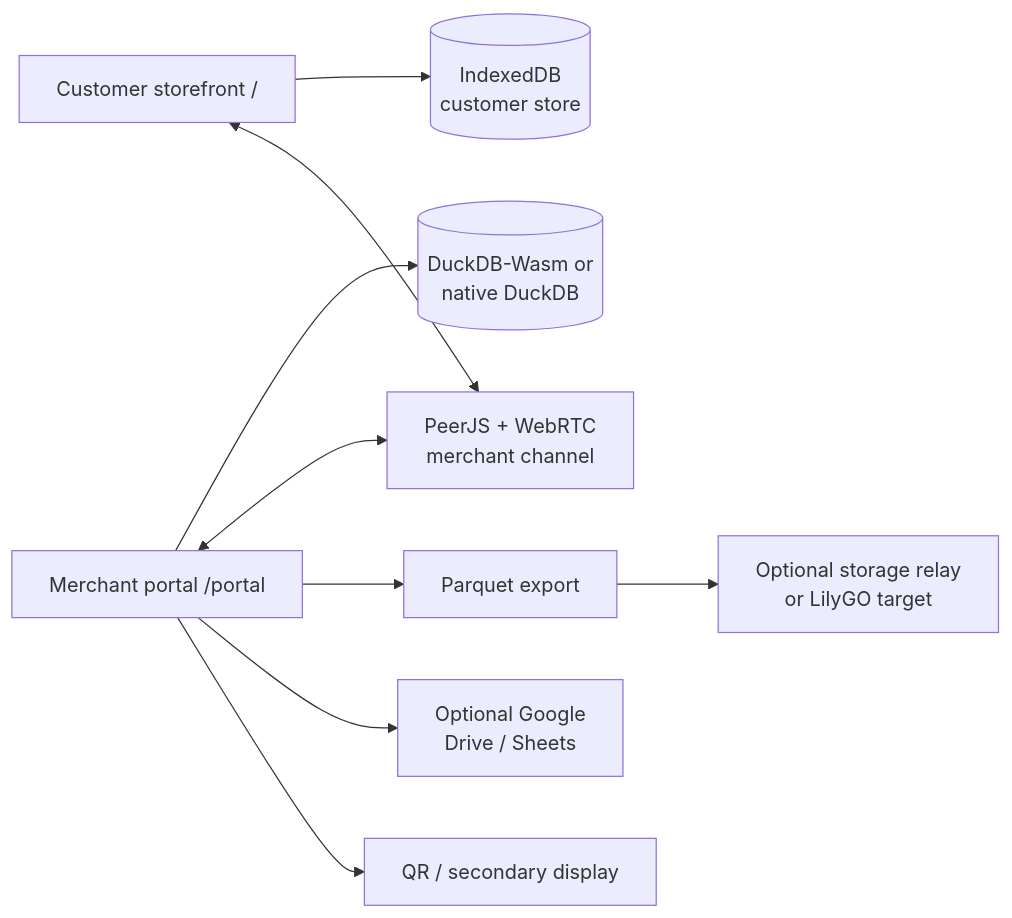
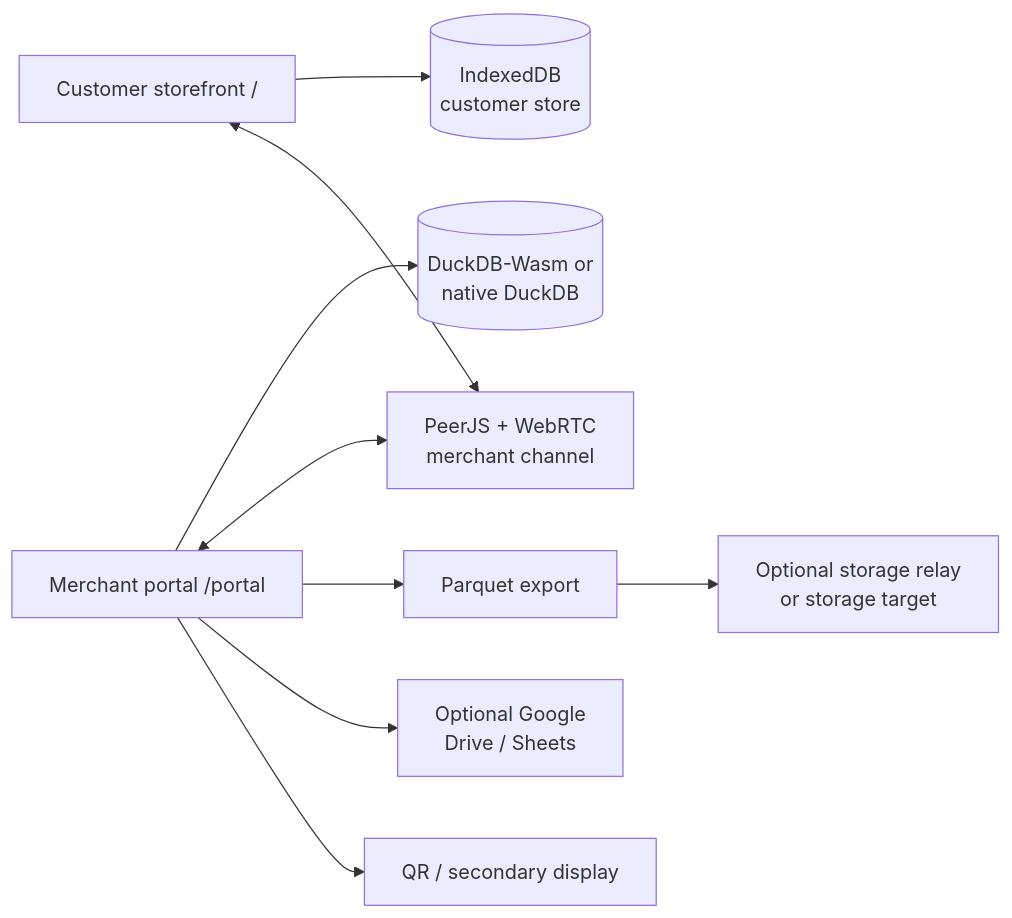
The diagram in README.md (matt-hima/backendless-pos), drawn with Mermaid before and after one commit. The commit also changed other lines of this file and 9 other files, not shown here.

````diff
--- a/README.md
+++ b/README.md
@@ -82,20 +84,20 @@
 ```mermaid
 flowchart LR
     C["Customer storefront /"]
     P["Merchant portal /portal"]
     D["QR / secondary display"]
     I[("IndexedDB\ncustomer store")]
     K[("DuckDB-Wasm or\nnative DuckDB")]
     W["PeerJS + WebRTC\nmerchant channel"]
     X["Parquet export"]
-    R["Optional storage relay\nor LilyGO target"]
+    R["Optional storage relay\nor storage target"]
     G["Optional Google\nDrive / Sheets"]
 
     C --> I
     P --> K
     C <--> W
     P <--> W
     P --> X --> R
     P --> G
     P --> D
 ```
````
